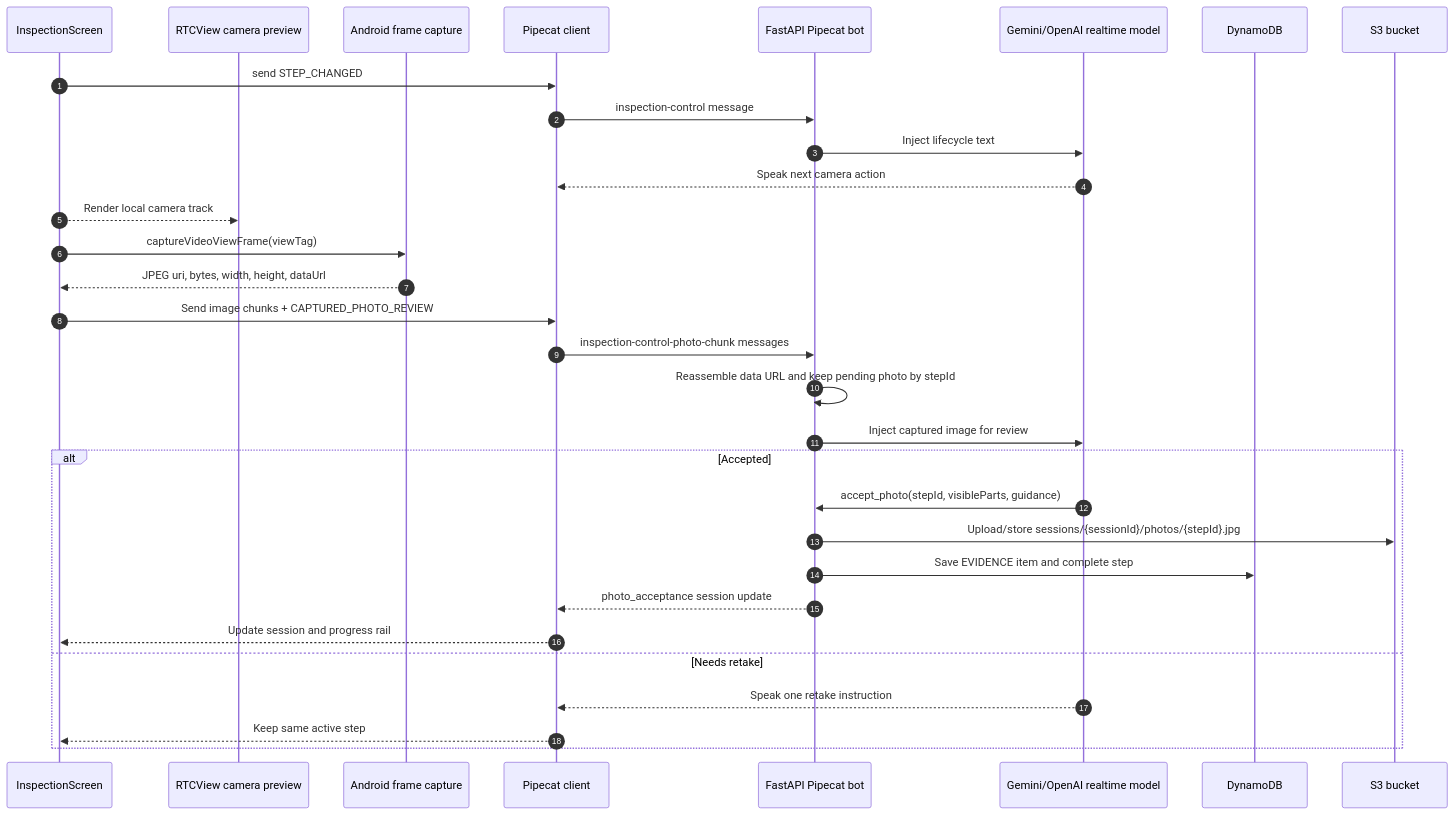
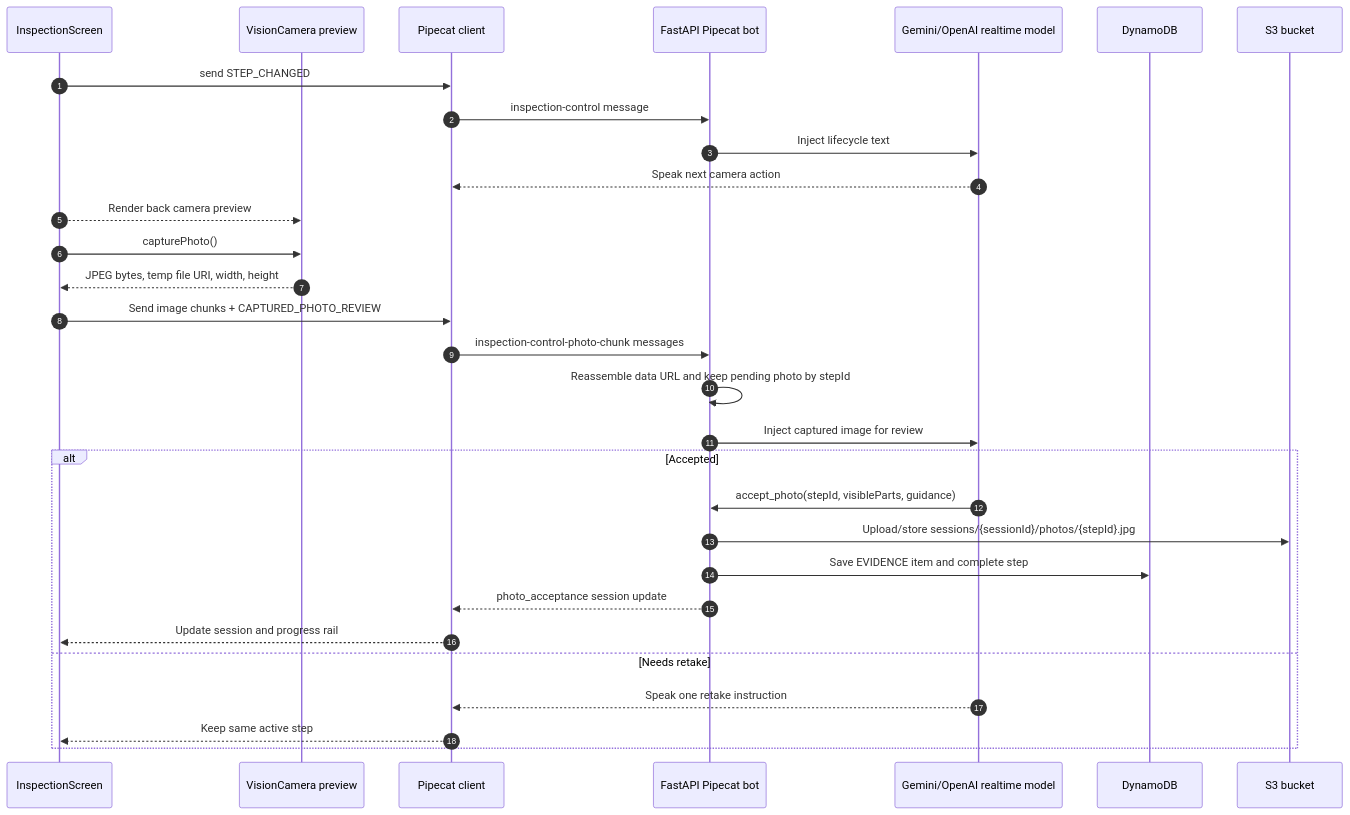
One commit to adityabhattad2021/Inspection-Copilot changed the seventh of 11 diagrams in ARCHITECTURE.md. Above: the diagram before and after it, drawn with Mermaid. The commit also changed other lines of this file and 32 other files, not shown here.

Commit message:
feat: use react native vision camera

````diff
--- a/ARCHITECTURE.md
+++ b/ARCHITECTURE.md
@@ -362,34 +362,33 @@
 ```mermaid
 sequenceDiagram
   autonumber
   participant App as InspectionScreen
-  participant RTC as RTCView camera preview
-  participant Native as Android frame capture
+  participant Camera as VisionCamera preview
   participant VoiceClient as Pipecat client
   participant Bot as FastAPI Pipecat bot
   participant LLM as Gemini/OpenAI realtime model
   participant DDB as DynamoDB
   participant S3 as S3 bucket
 
   App->>VoiceClient: send STEP_CHANGED
   VoiceClient->>Bot: inspection-control message
   Bot->>LLM: Inject lifecycle text
   LLM-->>VoiceClient: Speak next camera action
-  App-->>RTC: Render local camera track
-  App->>Native: captureVideoViewFrame(viewTag)
-  Native-->>App: JPEG uri, bytes, width, height, dataUrl
+  App-->>Camera: Render back camera preview
+  App->>Camera: capturePhoto()
+  Camera-->>App: JPEG bytes, temp file URI, width, height
   App->>VoiceClient: Send image chunks + CAPTURED_PHOTO_REVIEW
   VoiceClient->>Bot: inspection-control-photo-chunk messages
   Bot->>Bot: Reassemble data URL and keep pending photo by stepId
   Bot->>LLM: Inject captured image for review
   alt Accepted
     LLM->>Bot: accept_photo(stepId, visibleParts, guidance)
     Bot->>S3: Upload/store sessions/{sessionId}/photos/{stepId}.jpg
     Bot->>DDB: Save EVIDENCE item and complete step
     Bot-->>VoiceClient: photo_acceptance session update
     VoiceClient-->>App: Update session and progress rail
   else Needs retake
     LLM-->>VoiceClient: Speak one retake instruction
     VoiceClient-->>App: Keep same active step
   end
 ```
````
